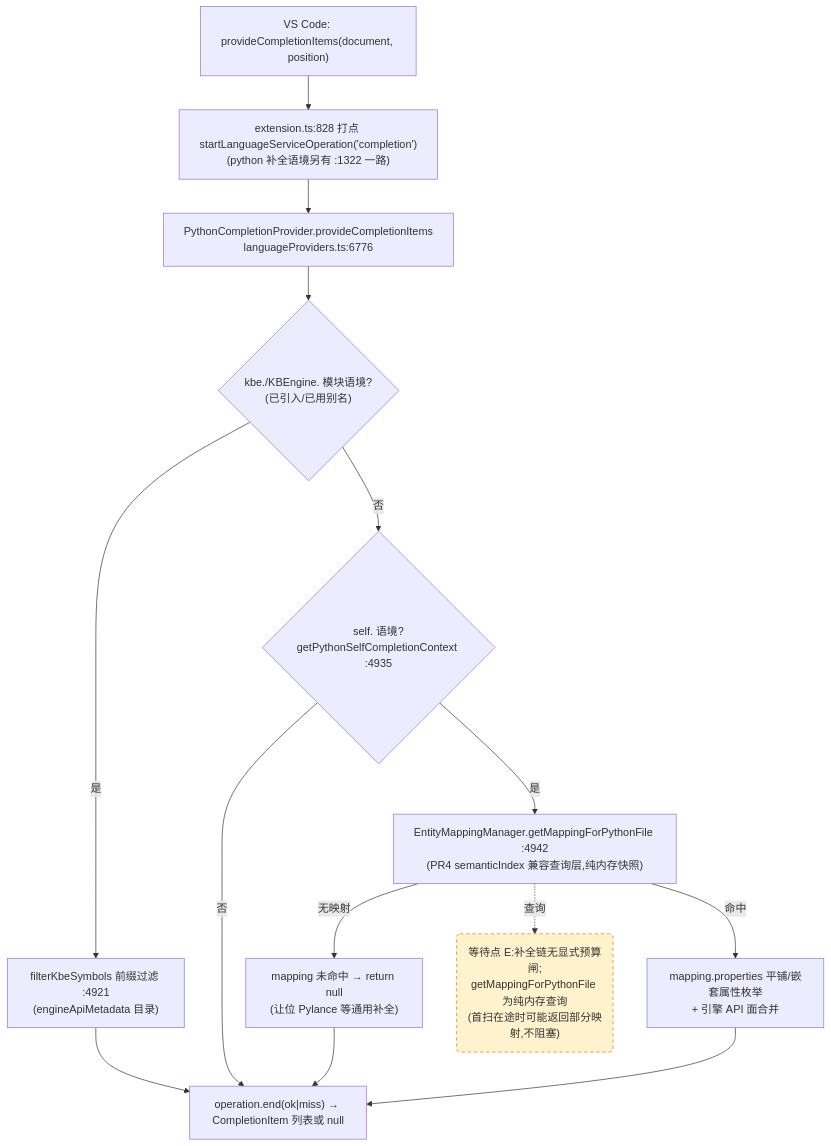
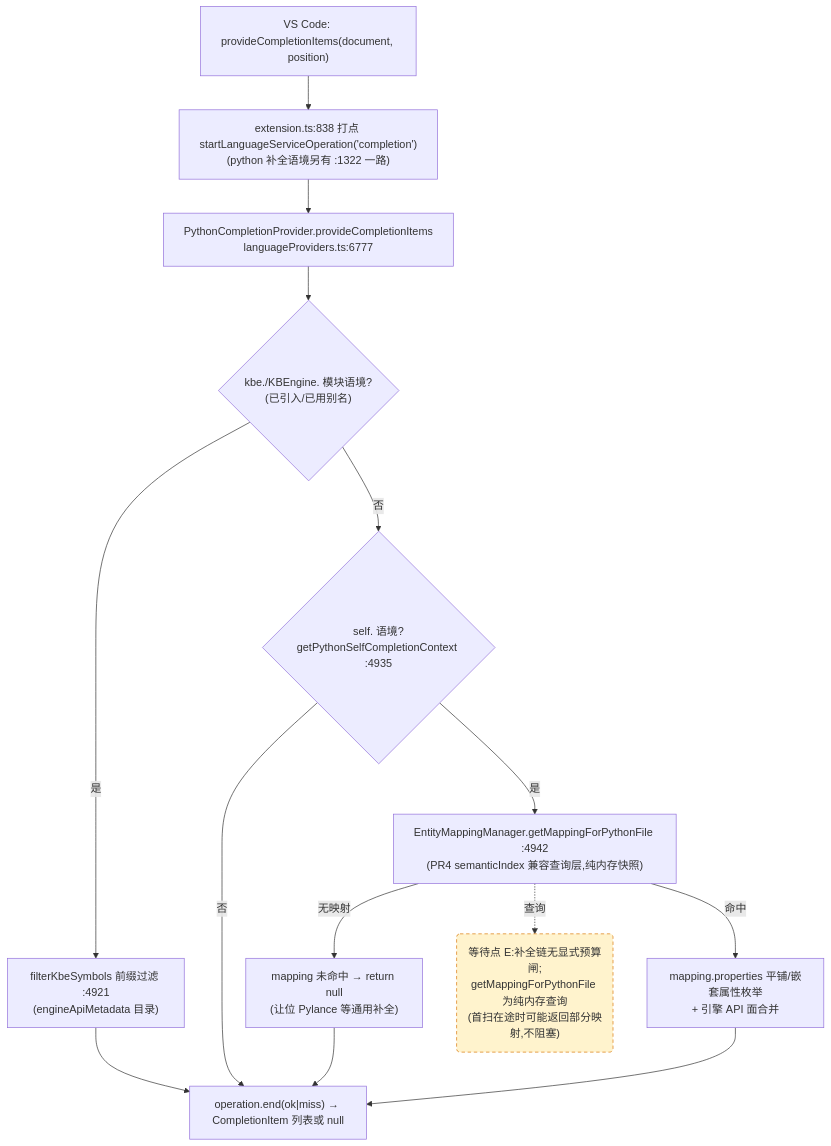
The third of 4 diagrams in docs/perf/2026-baseline.md (cuihairu/kode), drawn with Mermaid before and after one commit. The commit also changed other lines of this file and 10 other files, not shown here.

````diff
--- a/docs/perf/2026-baseline.md
+++ b/docs/perf/2026-baseline.md
@@ -184,27 +184,27 @@
 ```mermaid
 flowchart TD
   VC3["VS Code: provideCompletionItems(document, position)"]
-  M3["extension.ts:828 打点 startLanguageServiceOperation('completion')<br/>(python 补全语境另有 :1322 一路)"]
-  CP["PythonCompletionProvider.provideCompletionItems<br/>languageProviders.ts:6776"]
+  M3["extension.ts:838 打点 startLanguageServiceOperation('completion')<br/>(python 补全语境另有 :1322 一路)"]
+  CP["PythonCompletionProvider.provideCompletionItems<br/>languageProviders.ts:6777"]
   KBEC{"kbe./KBEngine. 模块语境?<br/>(已引入/已用别名)"}
   FILTER["filterKbeSymbols 前缀过滤 :4921<br/>(engineApiMetadata 目录)"]
   SELFC{"self. 语境?<br/>getPythonSelfCompletionContext :4935"}
   MAP["EntityMappingManager.getMappingForPythonFile :4942<br/>(PR4 semanticIndex 兼容查询层,纯内存快照)"]
   NOMAP["mapping 未命中 → return null<br/>(让位 Pylance 等通用补全)"]
   PROPS["mapping.properties 平铺/嵌套属性枚举<br/>+ 引擎 API 面合并"]
   END3["operation.end(ok|miss) → CompletionItem 列表或 null"]
 
   VC3 --> M3 --> CP --> KBEC
   KBEC -- "是" --> FILTER --> END3
   KBEC -- "否" --> SELFC
   SELFC -- "否" --> END3
   SELFC -- "是" --> MAP
   MAP -- "无映射" --> NOMAP --> END3
   MAP -- "命中" --> PROPS --> END3
 
   WAITE("等待点 E:补全链无显式预算闸;<br/>getMappingForPythonFile 为纯内存查询<br/>(首扫在途时可能返回部分映射,不阻塞)")
   MAP -.->|查询| WAITE
 
   classDef waitPoint fill:#fff3cd,stroke:#d97706,stroke-dasharray:5 4;
   class WAITE waitPoint;
 ```
````
